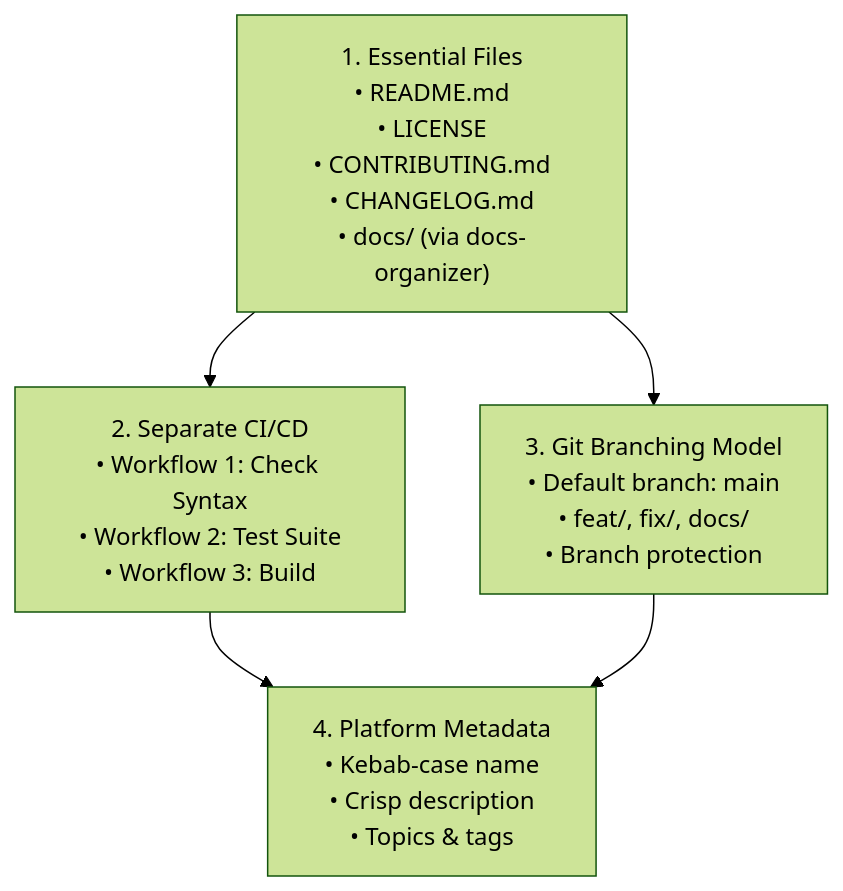
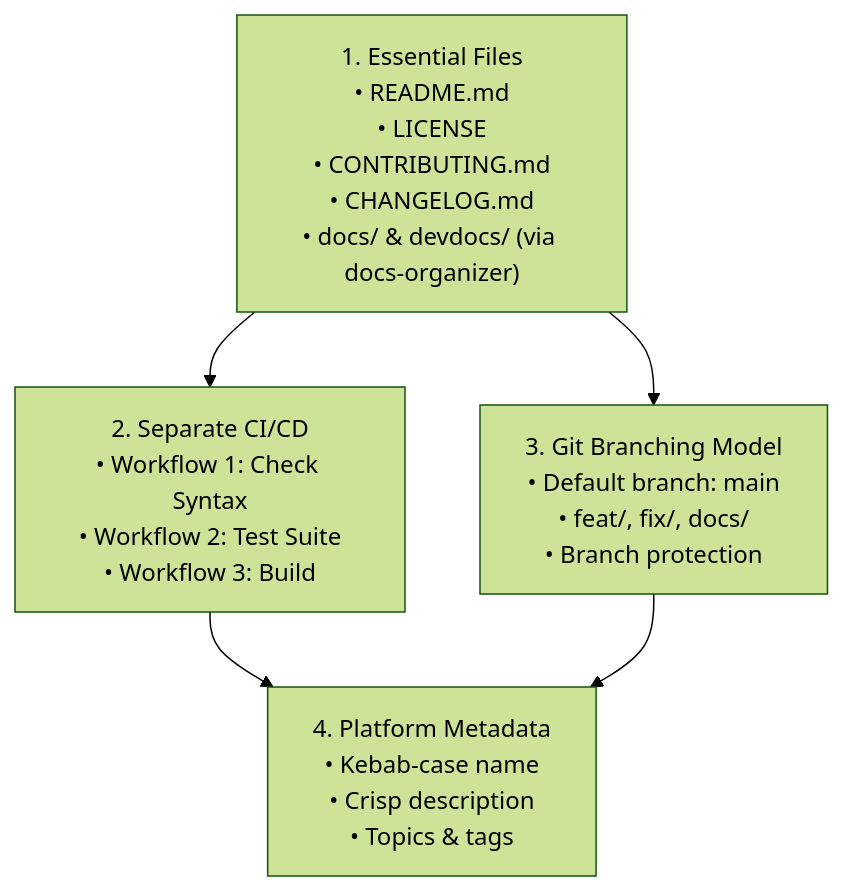
Before and after one commit to InAnYan/ai-instructions: the diagram in skills/repository-setup/SKILL.md, drawn with Mermaid (forest theme). The commit also changed other lines of this file and 17 other files, not shown here.

````diff
--- a/skills/repository-setup/SKILL.md
+++ b/skills/repository-setup/SKILL.md
@@ -28,12 +28,12 @@
 ```mermaid
 flowchart TD
-    P1["1. Essential Files<br>• README.md<br>• LICENSE<br>• CONTRIBUTING.md<br>• CHANGELOG.md<br>• docs/ (via docs-organizer)"]
+    P1["1. Essential Files<br>• README.md<br>• LICENSE<br>• CONTRIBUTING.md<br>• CHANGELOG.md<br>• docs/ & devdocs/ (via docs-organizer)"]
     P2["2. Separate CI/CD<br>• Workflow 1: Check Syntax<br>• Workflow 2: Test Suite<br>• Workflow 3: Build"]
     P3["3. Git Branching Model<br>• Default branch: main<br>• feat/, fix/, docs/<br>• Branch protection"]
     P4["4. Platform Metadata<br>• Kebab-case name<br>• Crisp description<br>• Topics & tags"]
 
     P1 --> P2
     P1 --> P3
     P2 --> P4
     P3 --> P4
 ```
````
